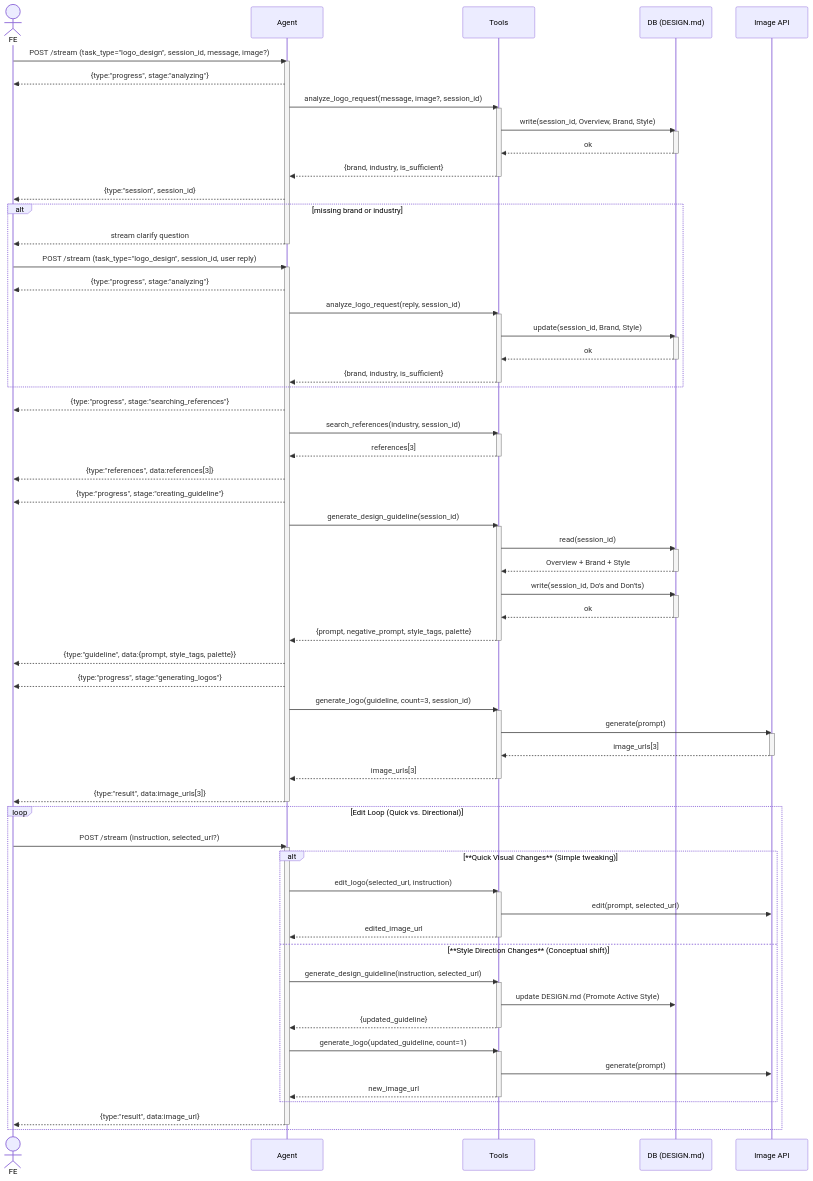
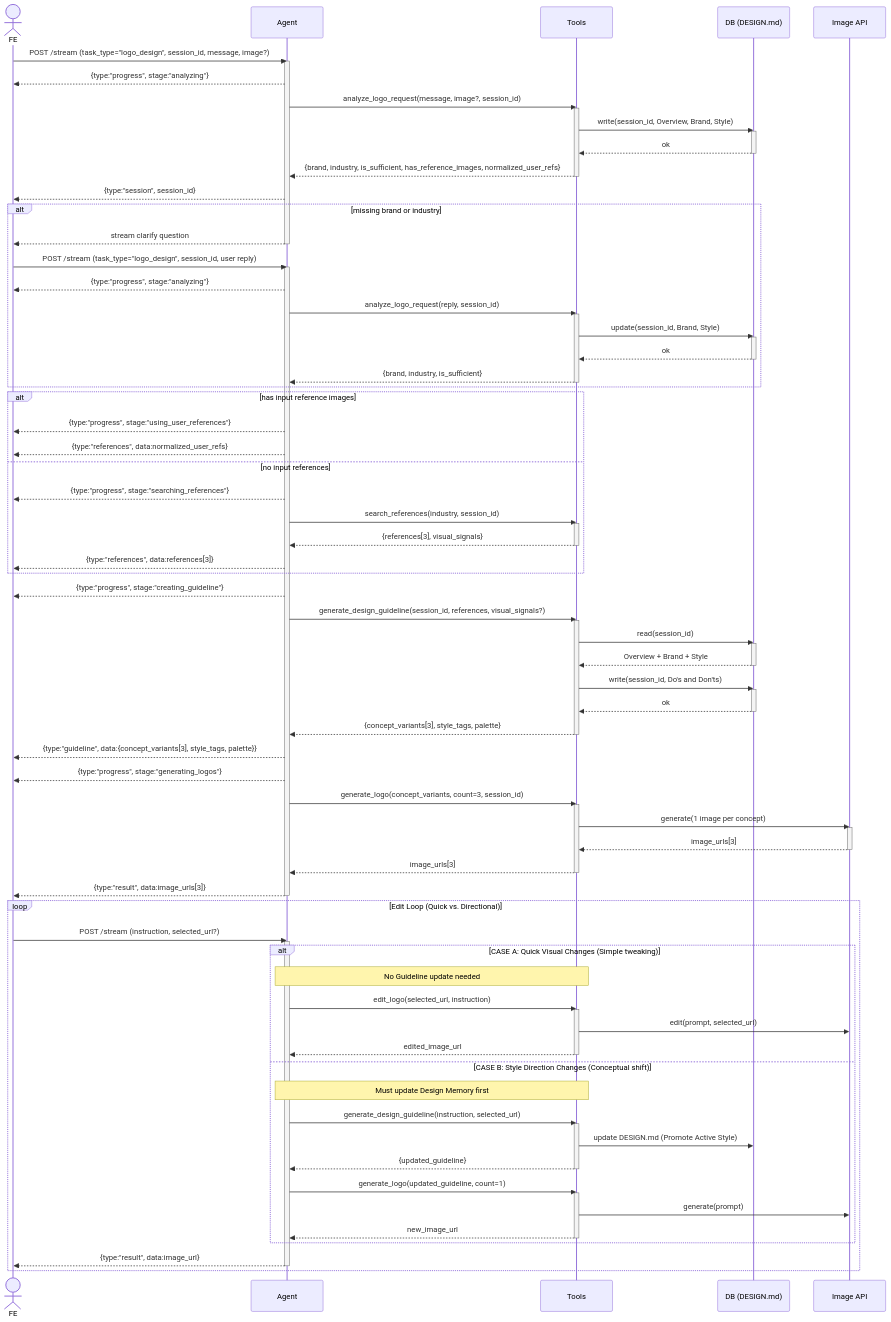
The second of 2 diagrams in architecture.md (Ne4nf/Agent-Memory), drawn with Mermaid before and after one commit. The commit also changed other lines of this file, not shown here.

```diff
--- a/architecture.md
+++ b/architecture.md
@@ -131,7 +121,7 @@
   activate DB
   DB-->>Tools: ok
   deactivate DB
-  Tools-->>Agent: {brand, industry, is_sufficient}
+    Tools-->>Agent: {brand, industry, is_sufficient, has_reference_images, normalized_user_refs}
   deactivate Tools
   Agent-->>FE: {type:"session", session_id}
 
@@ -151,15 +141,20 @@
     deactivate Tools
   end
 
-  Agent-->>FE: {type:"progress", stage:"searching_references"}
-  Agent->>Tools: search_references(industry, session_id)
-  activate Tools
-  Tools-->>Agent: references[3]
-  deactivate Tools
-  Agent-->>FE: {type:"references", data:references[3]}
+    alt has input reference images
+        Agent-->>FE: {type:"progress", stage:"using_user_references"}
+        Agent-->>FE: {type:"references", data:normalized_user_refs}
+    else no input references
+        Agent-->>FE: {type:"progress", stage:"searching_references"}
+        Agent->>Tools: search_references(industry, session_id)
+        activate Tools
+        Tools-->>Agent: {references[3], visual_signals}
+        deactivate Tools
+        Agent-->>FE: {type:"references", data:references[3]}
+    end
 
   Agent-->>FE: {type:"progress", stage:"creating_guideline"}
-  Agent->>Tools: generate_design_guideline(session_id)
+    Agent->>Tools: generate_design_guideline(session_id, references, visual_signals?)
   activate Tools
   Tools->>DB: read(session_id)
   activate DB
@@ -169,14 +164,14 @@
   activate DB
   DB-->>Tools: ok
   deactivate DB
-  Tools-->>Agent: {prompt, negative_prompt, style_tags, palette}
+    Tools-->>Agent: {concept_variants[3], style_tags, palette}
   deactivate Tools
-  Agent-->>FE: {type:"guideline", data:{prompt, style_tags, palette}}
+    Agent-->>FE: {type:"guideline", data:{concept_variants[3], style_tags, palette}}
 
   Agent-->>FE: {type:"progress", stage:"generating_logos"}
-  Agent->>Tools: generate_logo(guideline, count=3, session_id)
+    Agent->>Tools: generate_logo(concept_variants, count=3, session_id)
   activate Tools
-  Tools->>ImageAPI: generate(prompt)
+    Tools->>ImageAPI: generate(1 image per concept)
   activate ImageAPI
   ImageAPI-->>Tools: image_urls[3]
   deactivate ImageAPI
@@ -189,13 +184,15 @@
     FE->>Agent: POST /stream (instruction, selected_url?)
     activate Agent
     
-    alt **Quick Visual Changes** (Simple tweaking)
+    alt CASE A: Quick Visual Changes (Simple tweaking)
+      Note over Agent, Tools: No Guideline update needed
       Agent->>Tools: edit_logo(selected_url, instruction)
       activate Tools
       Tools->>ImageAPI: edit(prompt, selected_url)
       Tools-->>Agent: edited_image_url
       deactivate Tools
-    else **Style Direction Changes** (Conceptual shift)
+    else CASE B: Style Direction Changes (Conceptual shift)
+      Note over Agent, Tools: Must update Design Memory first
       Agent->>Tools: generate_design_guideline(instruction, selected_url)
       activate Tools
       Tools->>DB: update DESIGN.md (Promote Active Style)
```
